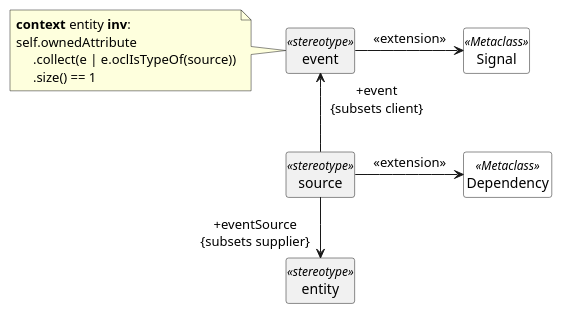
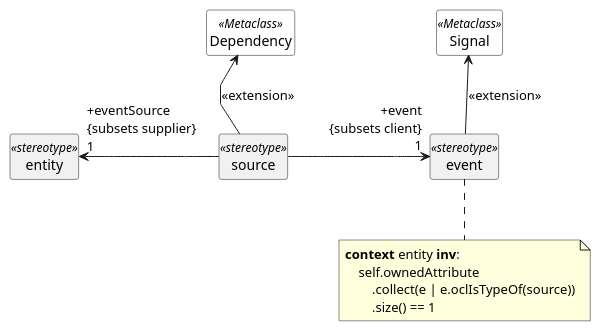
Diagram 14 of 19 in docs/uml-profile.org (sdm-lang/tree-sitter-sdml), drawn with PlantUML before and after one commit. The commit also changed other lines of this file and 25 other files, not shown here.

Commit message:
docs: working on UML profile

```diff
--- a/docs/uml-profile.org
+++ b/docs/uml-profile.org
@@ -271,21 +528,29 @@
 #+BEGIN_SRC plantuml :file uml-profile-event.svg
 skinparam backgroundColor transparent
+skinparam style strictuml
+skinparam linetype polyline
+skinparam nodesep 140
+
 hide circle
 hide empty members
 
 class entity <<stereotype>> {}
 
 class Signal <<Metaclass>> #white {}
 class event <<stereotype>> {}
-event -> Signal: <<extension>>
+event -up-> Signal: <<extension>>
 
 class Dependency <<Metaclass>> #white {}
 class source <<stereotype>> {}
-source -r-> Dependency: <<extension>>
+source -up-> Dependency: <<extension>>
 
-source -d-> "+eventSource\n{subsets supplier}" entity
-source -u-> "+event\n{subsets client}" event
+source -left-> "+eventSource\l{subsets supplier}\l1" entity
+source -right-> "+event\r{subsets client}\r1" event
 
-note "**context** entity **inv**:\nself.ownedAttribute\n     .collect(e | e.oclIsTypeOf(source))\n     .size() == 1" as clientnote
-clientnote .r. event
+note bottom of event
+**context** entity **inv**:
+    self.ownedAttribute
+        .collect(e | e.oclIsTypeOf(source))
+        .size() == 1
+end note
 #+END_SRC
```
